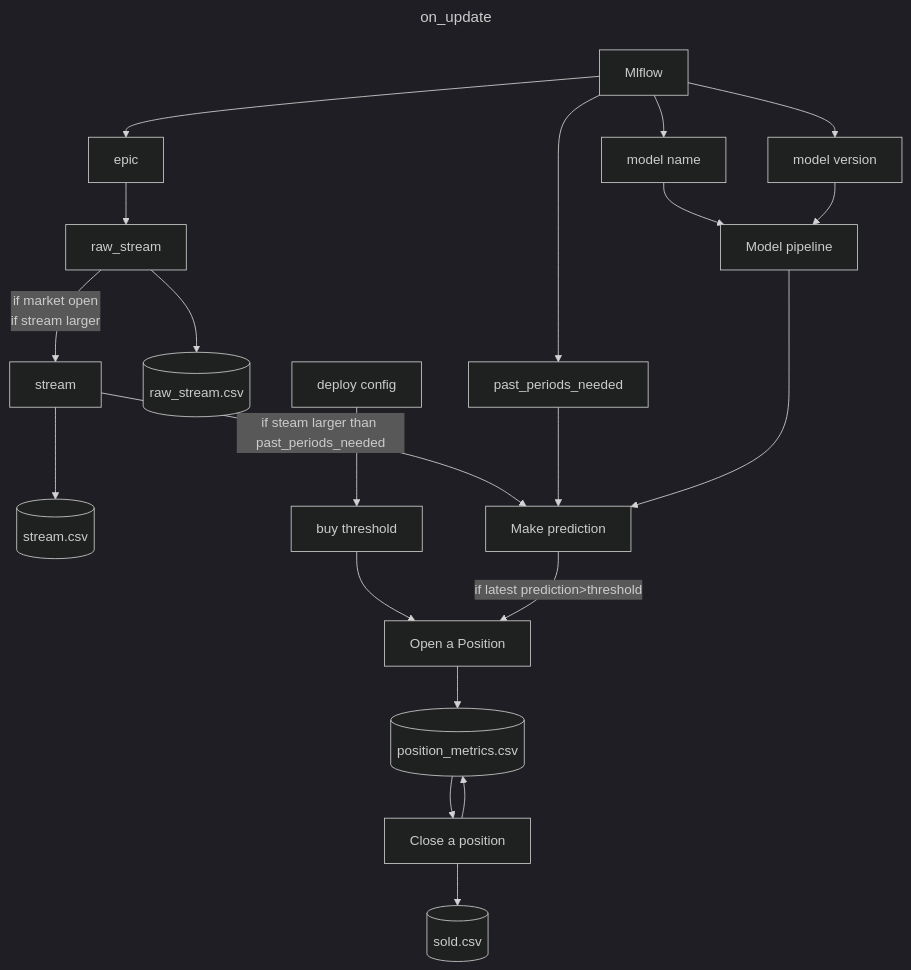
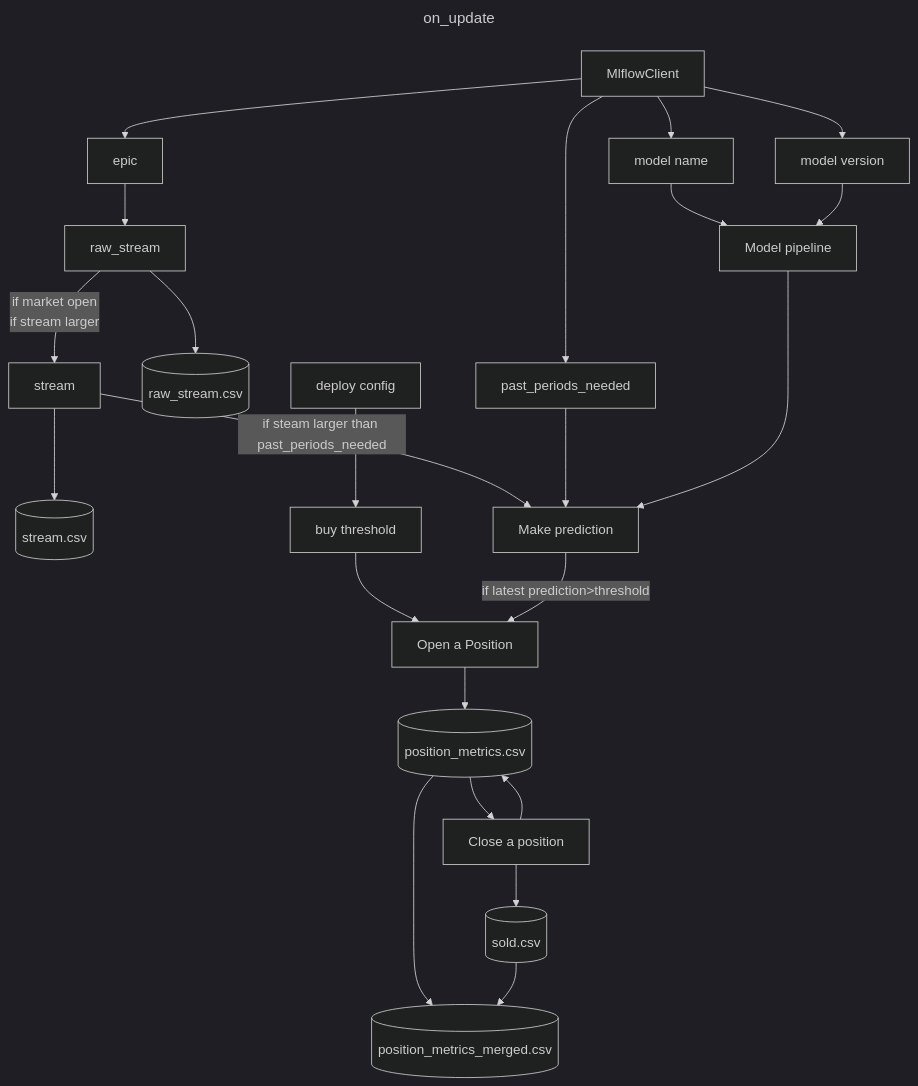
One commit to citrez/autoIG changed the first of 3 diagrams in README.md. Above: the diagram before and after it, drawn with Mermaid (dark theme). The commit also changed other lines of this file, not shown here.

Commit message:
building a flowchart for fetch_data

````diff
--- a/README.md
+++ b/README.md
@@ -78,29 +78,31 @@
 ``` mermaid
 ---
 title: on_update
 ---
 flowchart TB
+s --> scsv[(stream.csv)]
 rs[raw_stream] --if market open\nif stream larger--> s[stream]
 mn[model name]-->mp
 rs --> rscsv[(raw_stream.csv)]
-s --> scsv[(stream.csv)]
 s --if steam larger than past_periods_needed-->p
 e[epic]-->rs
 conf[deploy config]-->thr[buy threshold]
 thr-->op
+pm-->pmm[(position_metrics_merged.csv)]
+sold-->pmm
 
 mv[model version]-->mp
-mlf[Mlflow] -->e
-mlf[Mlflow] -->mn
-mlf[Mlflow] -->mv
-mlf[Mlflow] -->ppn[past_periods_needed]
+mlf[MlflowClient] -->e
+mlf -->mn
+mlf -->mv
+mlf -->ppn[past_periods_needed]
 ppn-->p
 
 
 mp[Model pipeline]-->p[Make prediction]
 p--if latest prediction>threshold-->op[Open a Position]
 op-->pm[(position_metrics.csv)]
 pm-->cp[Close a position]
 cp-->pm
 cp-->sold[(sold.csv)]
 ```
````
